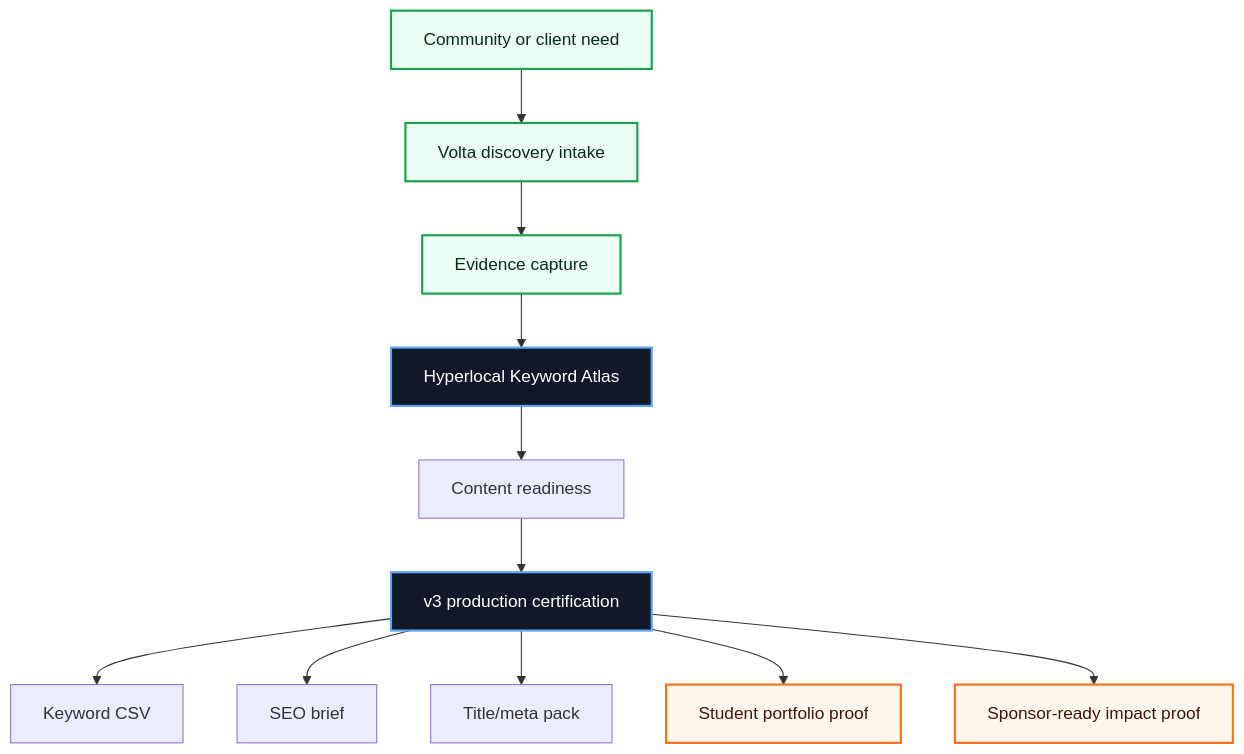
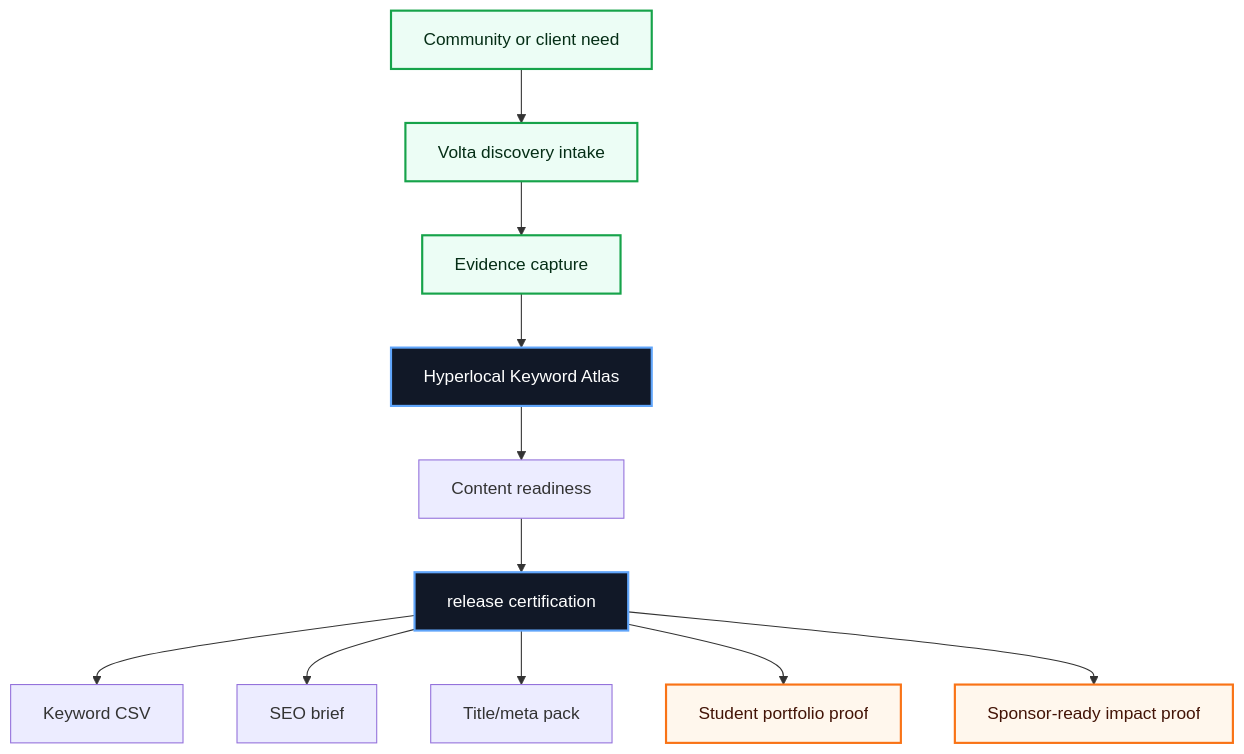
Before and after one commit to volta-npo/hyperlocal-keyword-atlas: the first of 3 diagrams in README.md, drawn with Mermaid. The commit also changed other lines of this file and 28 other files, not shown here.

````diff
--- a/README.md
+++ b/README.md
@@ -43,20 +43,20 @@
 ```mermaid
 flowchart TD
     Need["Community or client need"] --> Intake["Volta discovery intake"]
     Intake --> Evidence["Evidence capture"]
     Evidence --> Workbench["Hyperlocal Keyword Atlas"]
     Workbench --> Score["Content readiness"]
-    Score --> Cert["v3 production certification"]
+    Score --> Cert["release certification"]
     Cert --> A1["Keyword CSV"]
     Cert --> A2["SEO brief"]
     Cert --> A3["Title/meta pack"]
     Cert --> Student["Student portfolio proof"]
     Cert --> Sponsor["Sponsor-ready impact proof"]
 
     classDef volta fill:#111827,stroke:#60a5fa,color:#ffffff,stroke-width:2px;
     classDef equity fill:#ecfdf5,stroke:#16a34a,color:#052e16,stroke-width:2px;
     classDef proof fill:#fff7ed,stroke:#f97316,color:#431407,stroke-width:2px;
     class Workbench,Cert volta;
     class Need,Intake,Evidence equity;
     class Student,Sponsor proof;
 ```
````
